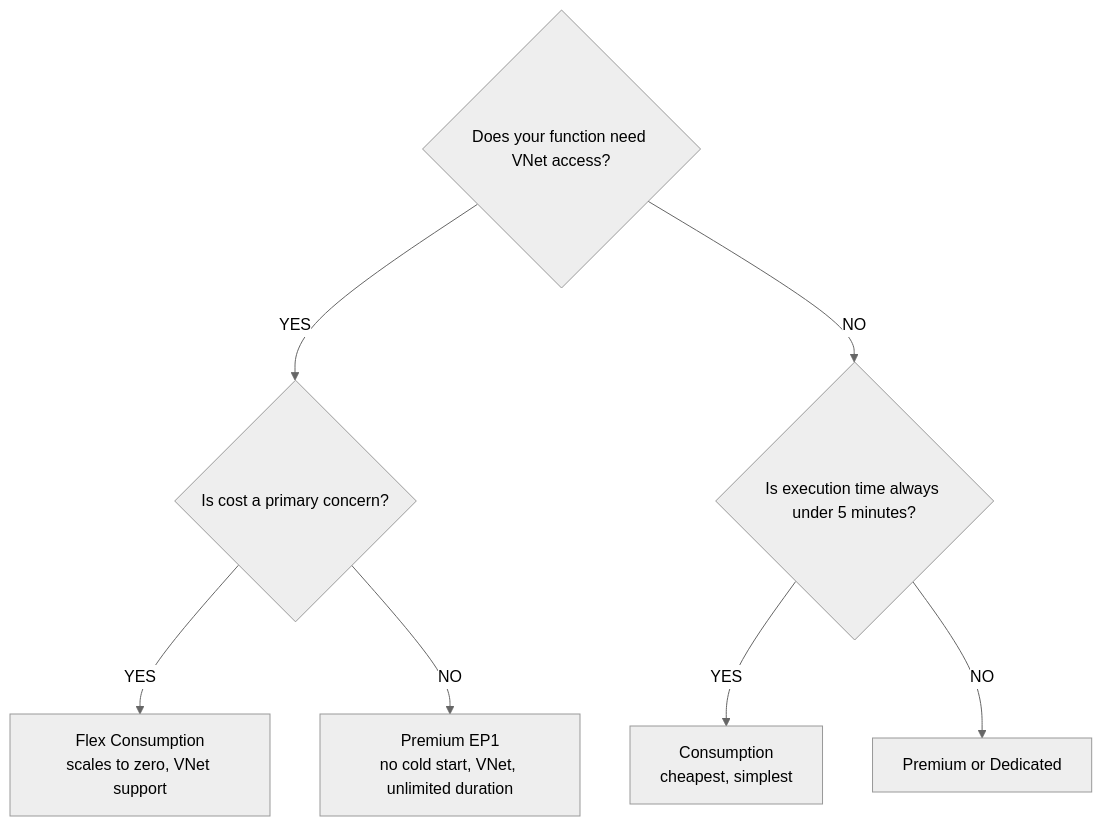
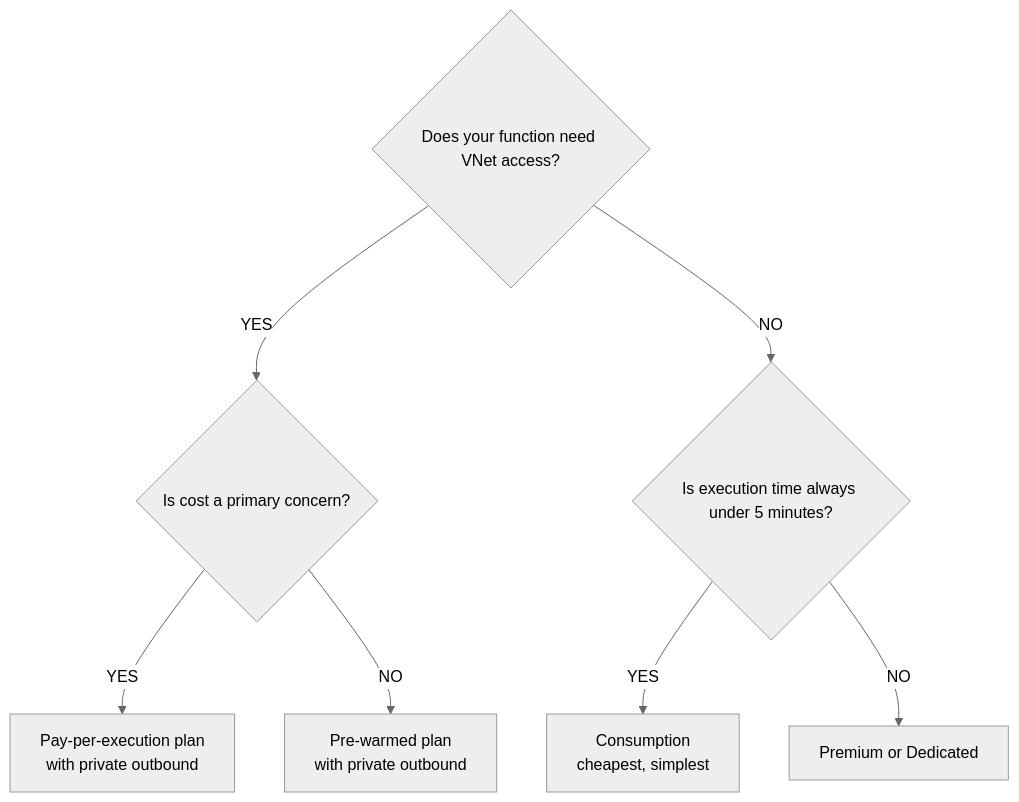
Before and after one commit to kube-dojo/kube-dojo.github.io: the first of 7 diagrams in src/content/docs/cloud/azure-essentials/module-3.8-functions.md, drawn with Mermaid (neutral theme). The commit also changed other lines of this file, not shown here.

Commit message:
docs(cloud): hide Azure 3.8 after-bridges on isolated worker and plan flowchart #3102

````diff
--- a/src/content/docs/cloud/azure-essentials/module-3.8-functions.md
+++ b/src/content/docs/cloud/azure-essentials/module-3.8-functions.md
@@ -75,10 +75,10 @@
 ```mermaid
 flowchart TD
     VNet{Does your function need VNet access?}
     VNet -- YES --> Cost{Is cost a primary concern?}
     VNet -- NO --> Duration{Is execution time always under 5 minutes?}
-    Cost -- YES --> Flex[Flex Consumption<br/>scales to zero, VNet support]
-    Cost -- NO --> Premium[Premium EP1<br/>no cold start, VNet, unlimited duration]
+    Cost -- YES --> Flex[Pay-per-execution plan<br/>with private outbound]
+    Cost -- NO --> Premium[Pre-warmed plan<br/>with private outbound]
     Duration -- YES --> Consumption[Consumption<br/>cheapest, simplest]
     Duration -- NO --> PremiumDedicated[Premium or Dedicated]
 ```
````
